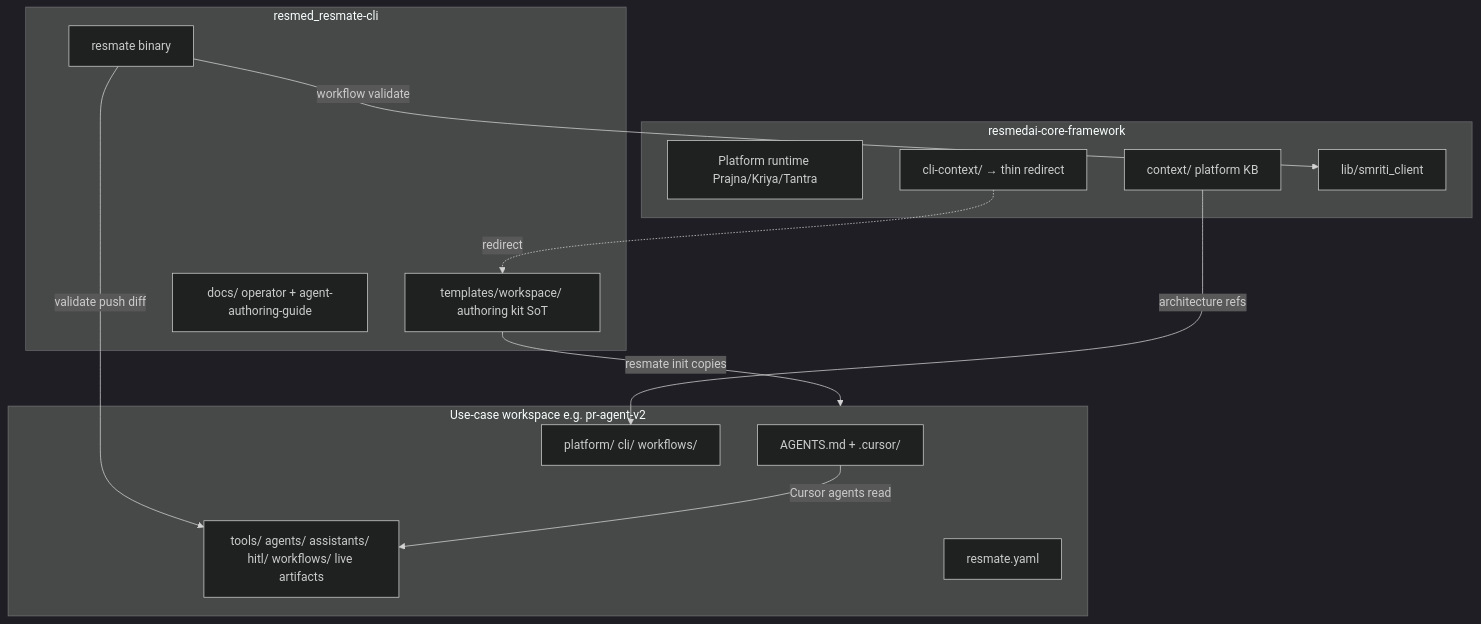
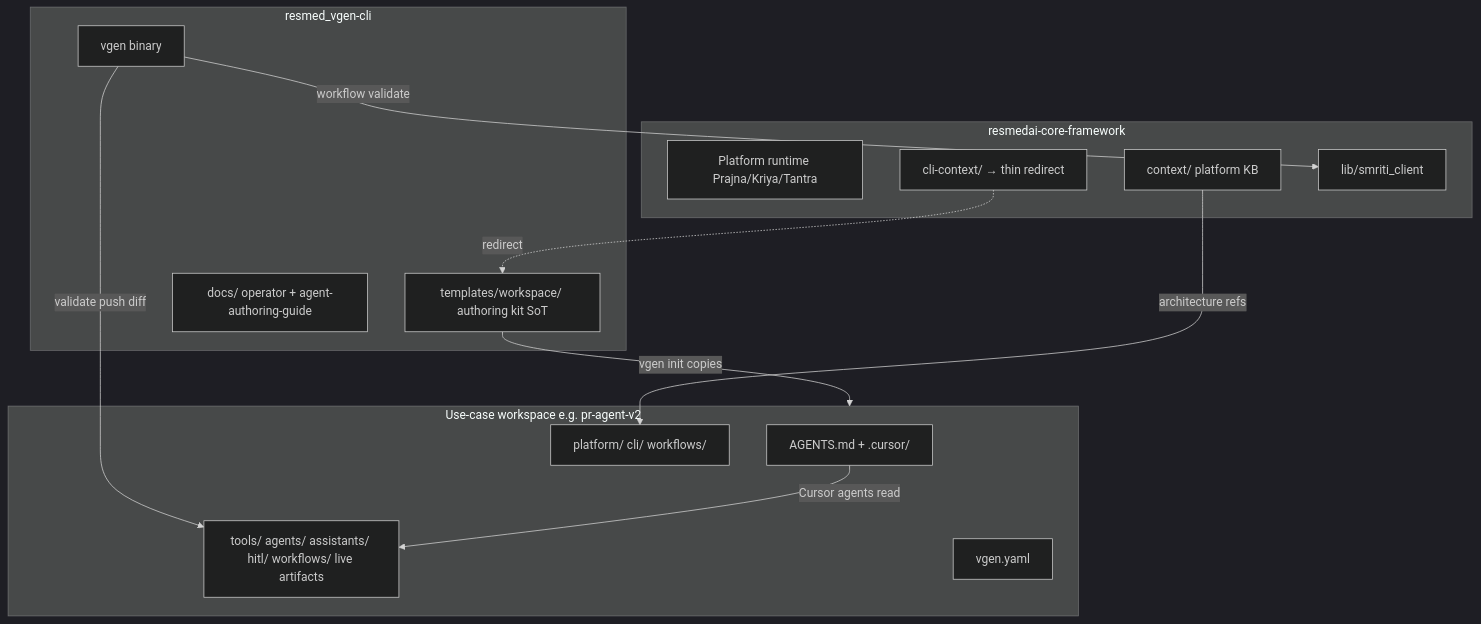
One commit to battikerigayathri/vgen-cli changed the first of 2 diagrams in docs/AUTHORING-KIT-ARCHITECTURE.md. Above: the diagram before and after it, drawn with Mermaid (dark theme). The commit also changed other lines of this file and 120 other files, not shown here.

Commit message:
changed every occurence of resmate/RESMATE with vgen/VGEN

````diff
--- a/docs/AUTHORING-KIT-ARCHITECTURE.md
+++ b/docs/AUTHORING-KIT-ARCHITECTURE.md
@@ -94,29 +94,29 @@
 ```mermaid
 flowchart TB
   subgraph core [resmedai-core-framework]
     platform[Platform runtime Prajna/Kriya/Tantra]
     contextKB[context/ platform KB]
     cliCtxLegacy[cli-context/ → thin redirect]
     smriti[lib/smriti_client]
   end
 
-  subgraph cli [resmed_resmate-cli]
+  subgraph cli [resmed_vgen-cli]
     templates[templates/workspace/ authoring kit SoT]
-    resmate[resmate binary]
+    vgen[vgen binary]
     cliDocs[docs/ operator + agent-authoring-guide]
   end
 
   subgraph ws [Use-case workspace e.g. pr-agent-v2]
     agentsMd[AGENTS.md + .cursor/]
     kbDocs[platform/ cli/ workflows/]
     live[tools/ agents/ assistants/ hitl/ workflows/ live artifacts]
-    manifest[resmate.yaml]
+    manifest[vgen.yaml]
   end
 
-  templates -->|resmate init copies| ws
-  resmate -->|validate push diff| live
-  resmate -->|workflow validate| smriti
+  templates -->|vgen init copies| ws
+  vgen -->|validate push diff| live
+  vgen -->|workflow validate| smriti
   cliCtxLegacy -.->|redirect| templates
   contextKB -->|architecture refs| kbDocs
   agentsMd -->|Cursor agents read| live
 ```
````
